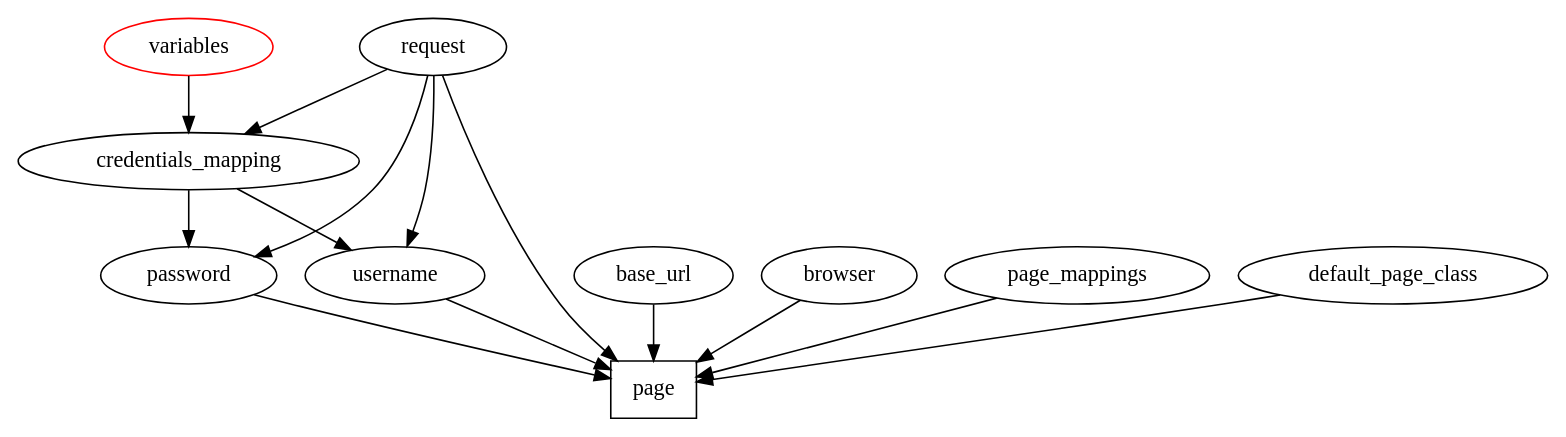
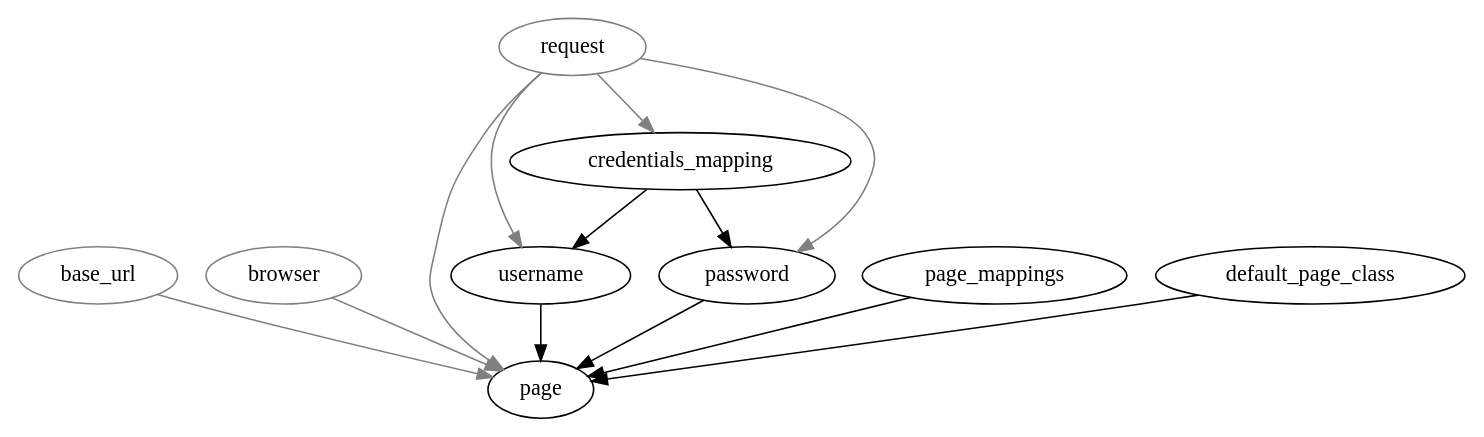
Before and after one commit to tierratelematics/tierra_qa: the diagram in docs/fixture_diagrams.rst, drawn with Graphviz.

Commit message:
add missing arrows and use grey color for non tierra_qa fixtures

```diff
--- a/docs/fixture_diagrams.rst
+++ b/docs/fixture_diagrams.rst
@@ -5,15 +5,15 @@
 .. graphviz::
 
    digraph {
-      page [shape=box];
-      variables [color="red"];
-      request -> {username password credentials_mapping page};
-      variables -> credentials_mapping;
-      credentials_mapping -> {username password};
-      username -> page;
-      password -> page;
-      base_url -> page;
-      browser -> page;
-      page_mappings -> page;
-      default_page_class -> page; 
+      base_url [color="grey"];
+      browser [color="grey"];
+      request [color="grey"];
+      base_url -> {page} [color="grey"];
+      browser -> {page} [color="grey"];
+      request -> {page credentials_mapping username password} [color="grey"];
+      credentials_mapping -> {username password}
+      username -> {page};
+      password -> {page};
+      page_mappings -> {page};
+      default_page_class -> {page};
    }
```
